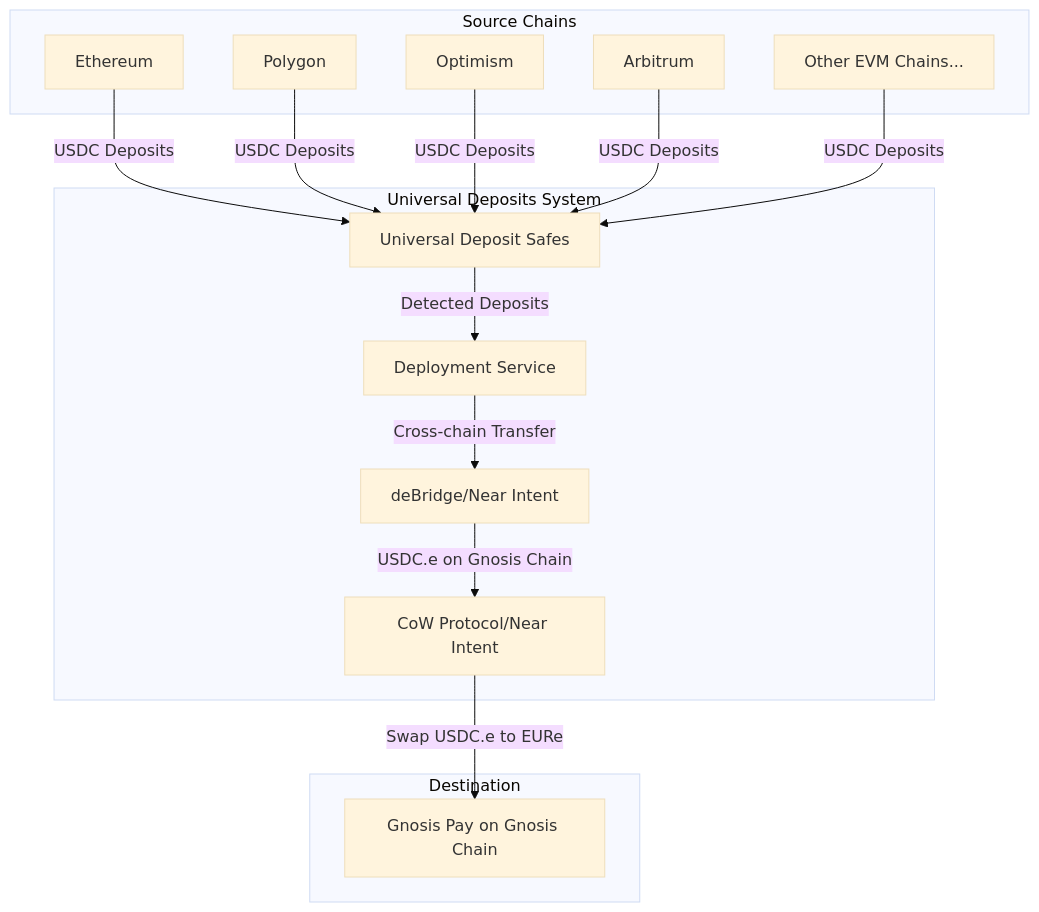
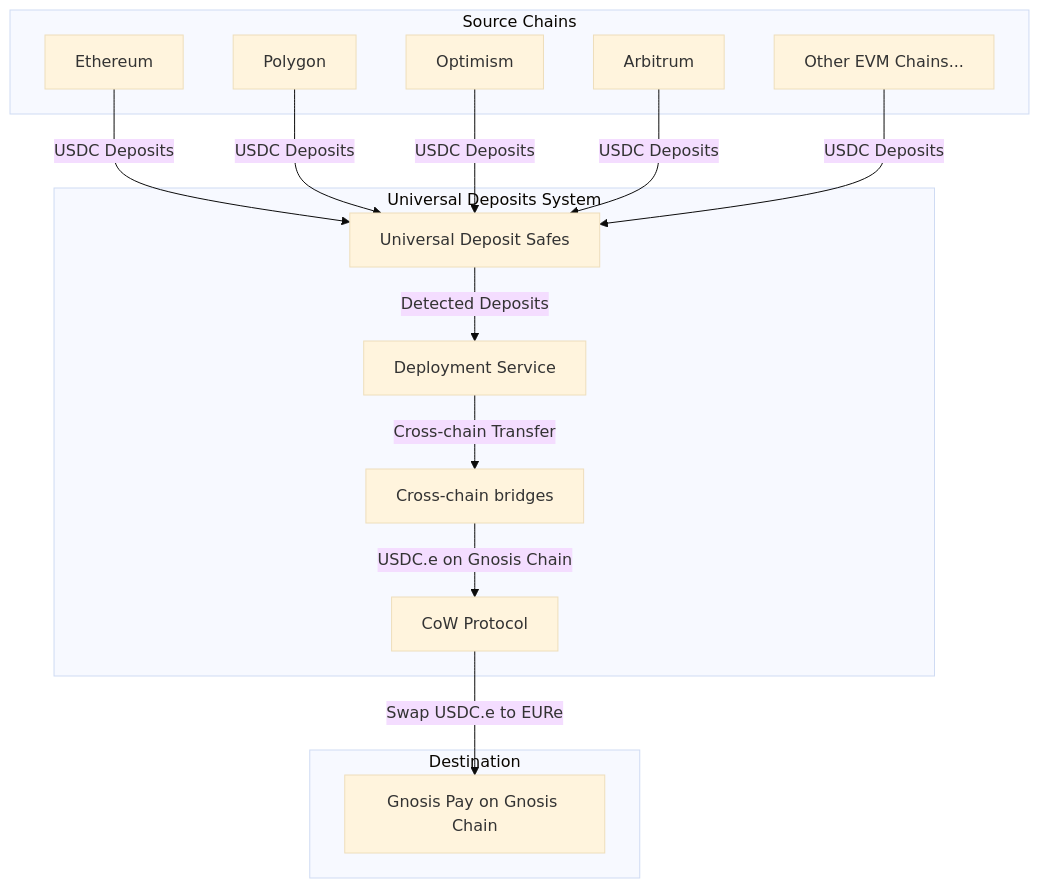
One commit to substance-labs/universal-deposits changed the fourth of 4 diagrams in README.md. Above: the diagram before and after it, drawn with Mermaid (base theme). The commit also changed other lines of this file, not shown here.

````diff
--- a/README.md
+++ b/README.md
@@ -188,28 +205,28 @@
 ```mermaid
 graph TD
     subgraph "Source Chains"
         Ethereum[Ethereum]
         Polygon[Polygon]
         Optimism[Optimism]
         Arbitrum[Arbitrum]
         Other[Other EVM Chains...]
     end
 
     subgraph "Universal Deposits System"
         UDSafes[Universal Deposit Safes]
         DeployService[Deployment Service]
-        Bridge[deBridge/Near Intent]
-        Swap[CoW Protocol/Near Intent]
+        Bridge[Cross-chain bridges]
+        Swap[CoW Protocol]
     end
 
     subgraph "Destination"
         GnosisPay[Gnosis Pay on Gnosis Chain]
     end
 
     Ethereum & Polygon & Optimism & Arbitrum & Other -->|USDC Deposits| UDSafes
     UDSafes -->|Detected Deposits| DeployService
     DeployService -->|Cross-chain Transfer| Bridge
     Bridge -->|USDC.e on Gnosis Chain| Swap
     Swap -->|Swap USDC.e to EURe| GnosisPay
 
 ```
````
